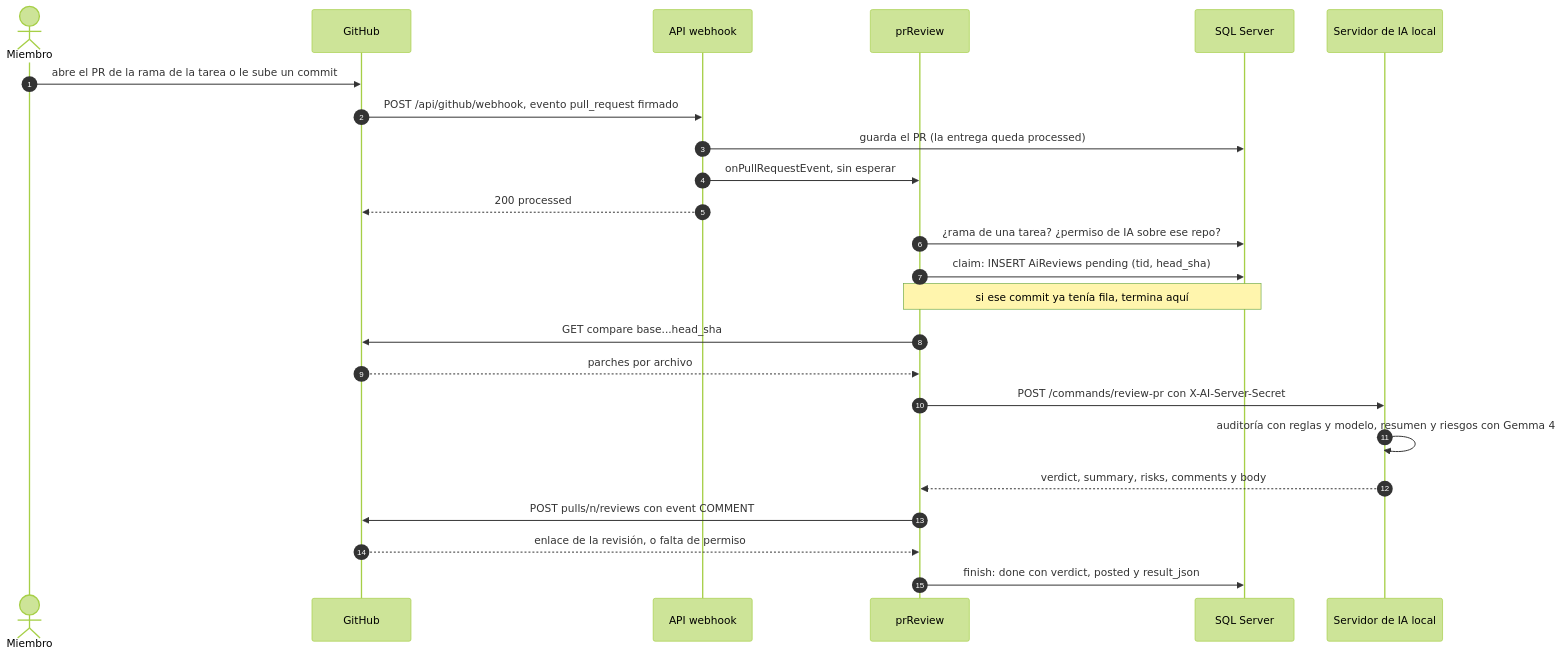
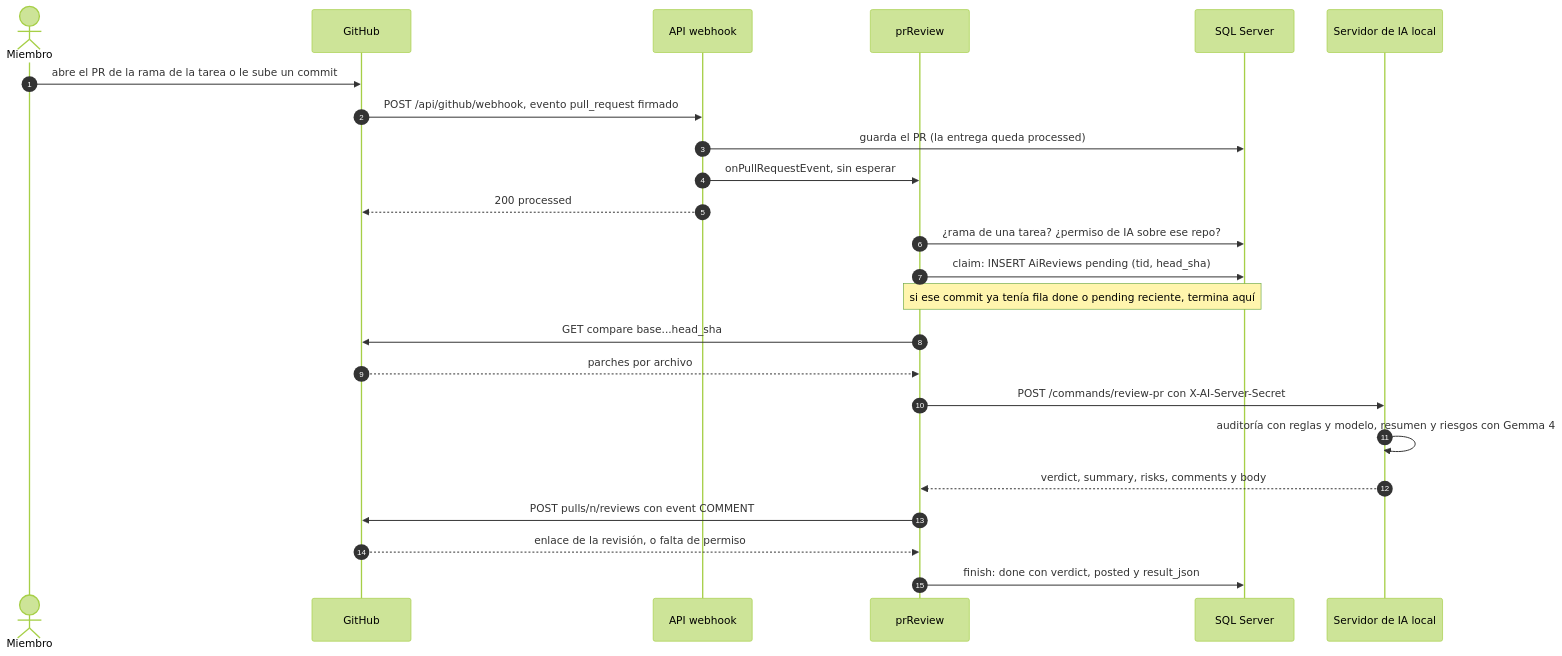
Before and after one commit to PabloP150/proyecto-is-cc6: the first of 3 diagrams in documentacion/06-flujos/10-ia-sobre-el-codigo.md, drawn with Mermaid (forest theme). The commit also changed other lines of this file and 55 other files, not shown here.

````diff
--- a/documentacion/06-flujos/10-ia-sobre-el-codigo.md
+++ b/documentacion/06-flujos/10-ia-sobre-el-codigo.md
@@ -7,27 +7,27 @@
 ```mermaid
 sequenceDiagram
     autonumber
     actor M as Miembro
     participant GH as GitHub
     participant API as API webhook
     participant PR as prReview
     participant DB as SQL Server
     participant AI as Servidor de IA local
 
     M->>GH: abre el PR de la rama de la tarea o le sube un commit
     GH->>API: POST /api/github/webhook, evento pull_request firmado
     API->>DB: guarda el PR (la entrega queda processed)
     API->>PR: onPullRequestEvent, sin esperar
     API-->>GH: 200 processed
     PR->>DB: ¿rama de una tarea? ¿permiso de IA sobre ese repo?
     PR->>DB: claim: INSERT AiReviews pending (tid, head_sha)
-    Note over PR,DB: si ese commit ya tenía fila, termina aquí
+    Note over PR,DB: si ese commit ya tenía fila done o pending reciente, termina aquí
     PR->>GH: GET compare base...head_sha
     GH-->>PR: parches por archivo
     PR->>AI: POST /commands/review-pr con X-AI-Server-Secret
     AI->>AI: auditoría con reglas y modelo, resumen y riesgos con Gemma 4
     AI-->>PR: verdict, summary, risks, comments y body
     PR->>GH: POST pulls/n/reviews con event COMMENT
     GH-->>PR: enlace de la revisión, o falta de permiso
     PR->>DB: finish: done con verdict, posted y result_json
 ```
````
